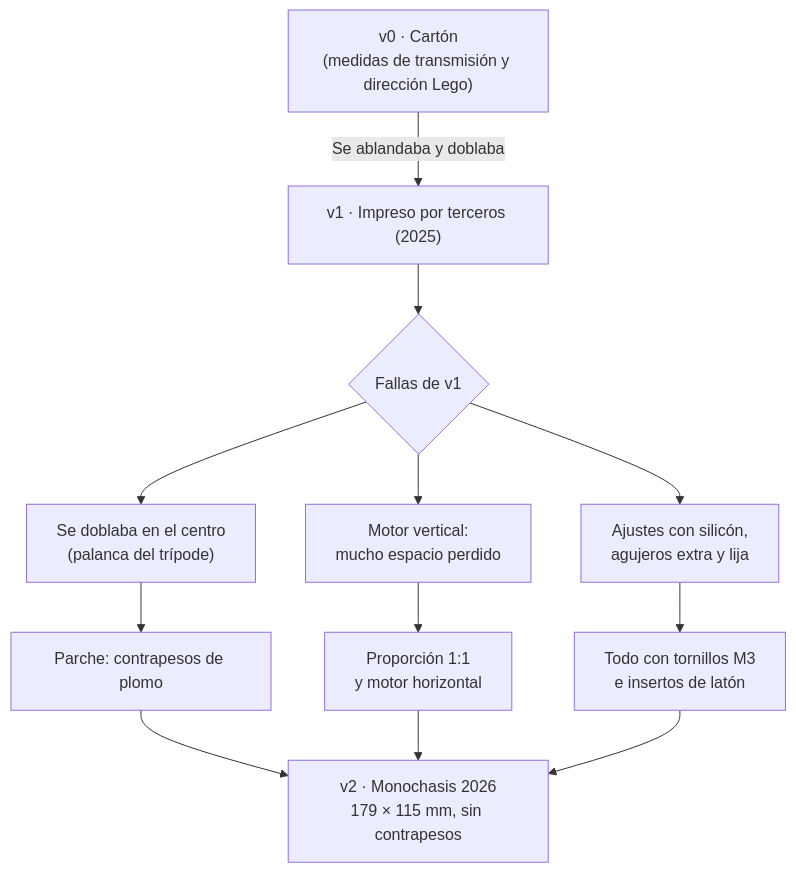
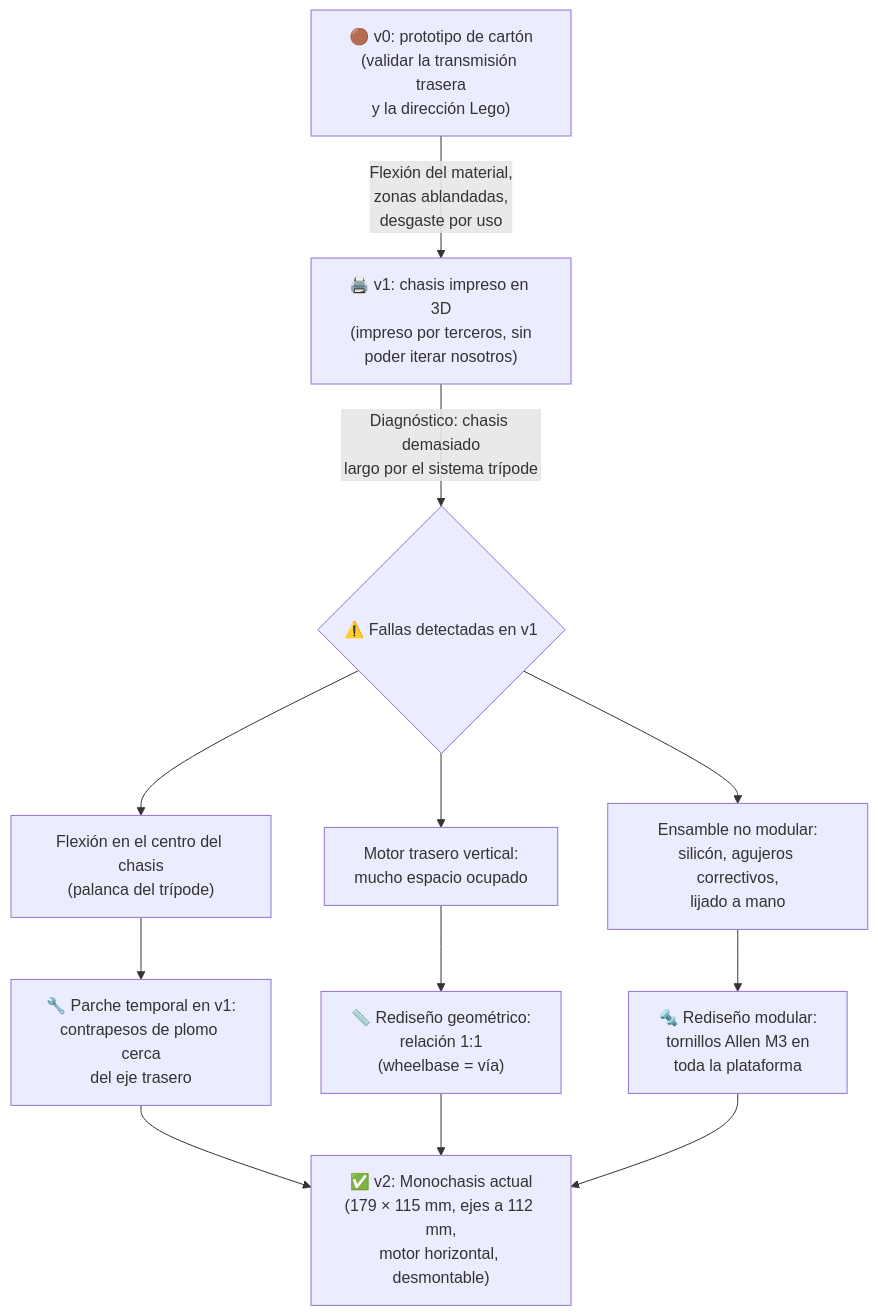
Before and after one commit to erchivox/Prometheus-Team-2026: the sixth of 7 diagrams in README.md, drawn with Mermaid. The commit also changed other lines of this file, not shown here.

First line of the commit message:
README: conserva 2026 completo con correcciones y condensa solo 2025

````diff
--- a/README.md
+++ b/README.md
@@ -540,14 +959,14 @@
 ```mermaid
 flowchart TD
-    A["v0 · Cartón<br/>(medidas de transmisión y dirección Lego)"] -->|"Se ablandaba y doblaba"| B["v1 · Impreso por terceros (2025)"]
-    B --> C{"Fallas de v1"}
-    C --> C1["Se doblaba en el centro<br/>(palanca del trípode)"]
-    C --> C2["Motor vertical:<br/>mucho espacio perdido"]
-    C --> C3["Ajustes con silicón,<br/>agujeros extra y lija"]
-    C1 --> D["Parche: contrapesos de plomo"]
-    C2 --> E["Proporción 1:1<br/>y motor horizontal"]
-    C3 --> F["Todo con tornillos M3<br/>e insertos de latón"]
-    D --> G["v2 · Monochasis 2026<br/>179 × 115 mm, sin contrapesos"]
+    A["🟤 v0: prototipo de cartón<br/>(validar la transmisión trasera<br/>y la dirección Lego)"] -->|"Flexión del material,<br/>zonas ablandadas,<br/>desgaste por uso"| B["🖨️ v1: chasis impreso en 3D<br/>(impreso por terceros, sin<br/>poder iterar nosotros)"]
+    B -->|"Diagnóstico: chasis demasiado<br/>largo por el sistema trípode"| C{"⚠️ Fallas detectadas en v1"}
+    C --> C1["Flexión en el centro del chasis<br/>(palanca del trípode)"]
+    C --> C2["Motor trasero vertical:<br/>mucho espacio ocupado"]
+    C --> C3["Ensamble no modular:<br/>silicón, agujeros correctivos,<br/>lijado a mano"]
+    C1 --> D["🔧 Parche temporal en v1:<br/>contrapesos de plomo cerca<br/>del eje trasero"]
+    C2 --> E["📏 Rediseño geométrico:<br/>relación 1:1<br/>(wheelbase = vía)"]
+    C3 --> F["🔩 Rediseño modular:<br/>tornillos Allen M3 en<br/>toda la plataforma"]
+    D --> G["✅ v2: Monochasis actual<br/>(179 × 115 mm, ejes a 112 mm,<br/>motor horizontal, desmontable)"]
     E --> G
     F --> G
 ```
````
